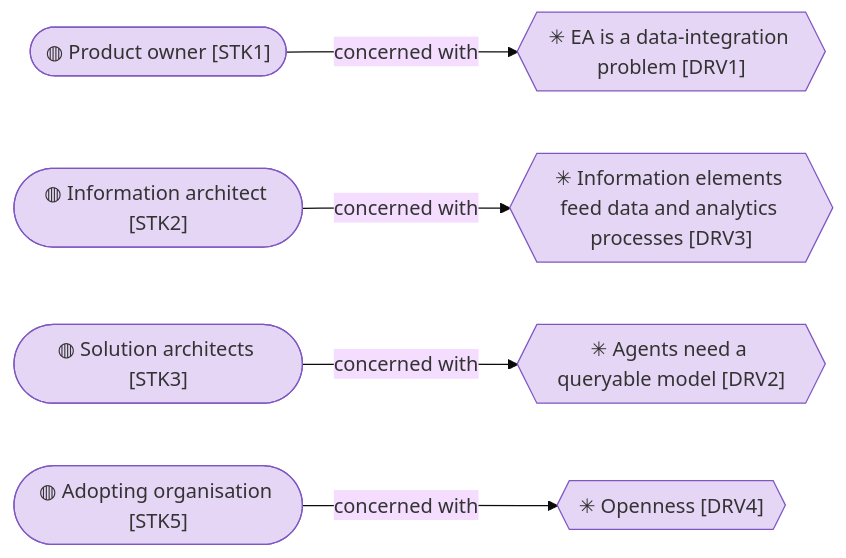
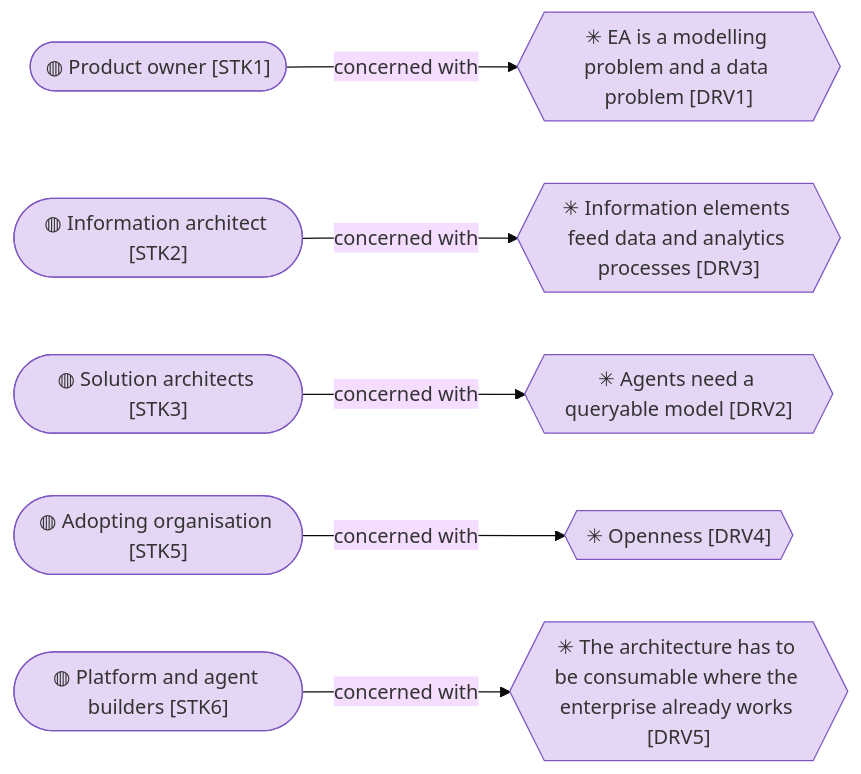
Before and after one commit to roanboc/dbx-enterprise-architecture: the second of 4 diagrams in architecture/1_strategy/1_motivation.md, drawn with Mermaid (base theme). The commit also changed other lines of this file and 13 other files, not shown here.

````diff
--- a/architecture/1_strategy/1_motivation.md
+++ b/architecture/1_strategy/1_motivation.md
@@ -39,17 +40,20 @@
 ```mermaid
 flowchart LR
   stk1(["◍ Product owner [STK1]"]):::motivation
   stk2(["◍ Information architect [STK2]"]):::motivation
   stk3(["◍ Solution architects [STK3]"]):::motivation
   stk5(["◍ Adopting organisation [STK5]"]):::motivation
-  drv1{{"✳ EA is a data-integration problem [DRV1]"}}:::motivation
+  stk6(["◍ Platform and agent builders [STK6]"]):::motivation
+  drv1{{"✳ EA is a modelling problem and a data problem [DRV1]"}}:::motivation
   drv2{{"✳ Agents need a queryable model [DRV2]"}}:::motivation
   drv3{{"✳ Information elements feed data and analytics processes [DRV3]"}}:::motivation
   drv4{{"✳ Openness [DRV4]"}}:::motivation
+  drv5{{"✳ The architecture has to be consumable where the enterprise already works [DRV5]"}}:::motivation
   stk1 -->|concerned with| drv1
   stk2 -->|concerned with| drv3
   stk3 -->|concerned with| drv2
   stk5 -->|concerned with| drv4
+  stk6 -->|concerned with| drv5
 
   classDef motivation fill:#e6d6f5,stroke:#7e57c2,color:#333
 ```
````
